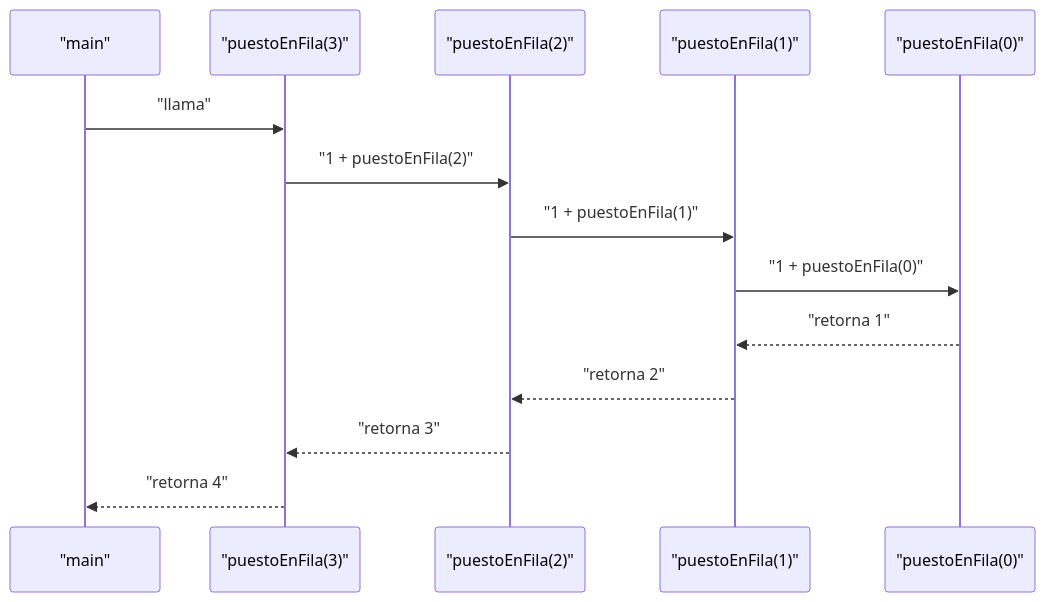
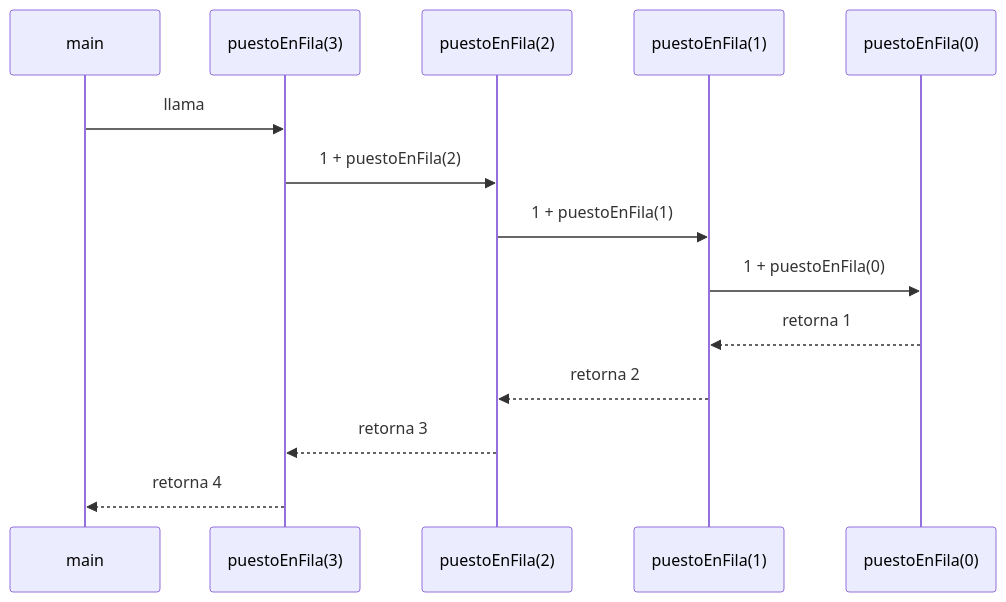
One commit to santiagoSuarez219/nodo-edu changed the diagram in content/cursos/estructuras-de-datos/fundamentos-de-recursividad.mdx. Above: the diagram before and after it, drawn with Mermaid. The commit also changed other lines of this file and 1 other file, not shown here.

Commit message:
content(estructuras-de-datos): apply review fixes to week 12 recursion lesson
Replace instead of append the traced println so the quoted output matches,
name sections instead of step numbers, drop quotes from the sequence diagram,
use the real lesson title and remove the future-session mention. Correct the
week 12 log so skipped stages are not recorded as approved.

Claude-Session: https://claude.ai/code/session_01UULNdaJgkwrM4hPNHchEFe

````diff
--- a/content/cursos/estructuras-de-datos/fundamentos-de-recursividad.mdx
+++ b/content/cursos/estructuras-de-datos/fundamentos-de-recursividad.mdx
@@ -94,16 +94,16 @@
 ```mermaid
 sequenceDiagram
-  participant M as "main"
-  participant P3 as "puestoEnFila(3)"
-  participant P2 as "puestoEnFila(2)"
-  participant P1 as "puestoEnFila(1)"
-  participant P0 as "puestoEnFila(0)"
-  M->>P3: "llama"
-  P3->>P2: "1 + puestoEnFila(2)"
-  P2->>P1: "1 + puestoEnFila(1)"
-  P1->>P0: "1 + puestoEnFila(0)"
-  P0-->>P1: "retorna 1"
-  P1-->>P2: "retorna 2"
-  P2-->>P3: "retorna 3"
-  P3-->>M: "retorna 4"
+  participant M as main
+  participant P3 as puestoEnFila(3)
+  participant P2 as puestoEnFila(2)
+  participant P1 as puestoEnFila(1)
+  participant P0 as puestoEnFila(0)
+  M->>P3: llama
+  P3->>P2: 1 + puestoEnFila(2)
+  P2->>P1: 1 + puestoEnFila(1)
+  P1->>P0: 1 + puestoEnFila(0)
+  P0-->>P1: retorna 1
+  P1-->>P2: retorna 2
+  P2-->>P3: retorna 3
+  P3-->>M: retorna 4
 ```
````
